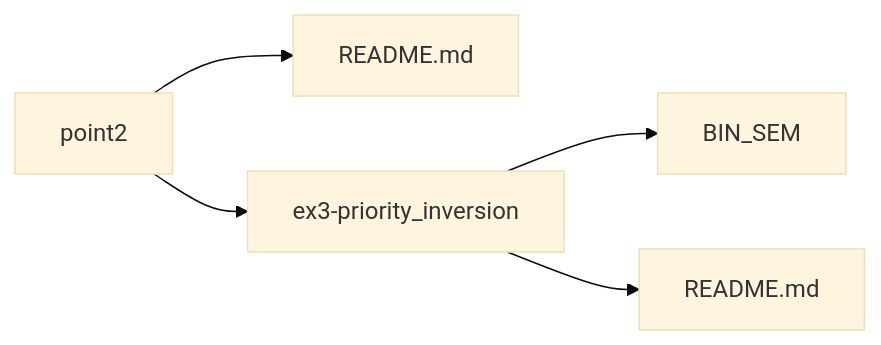
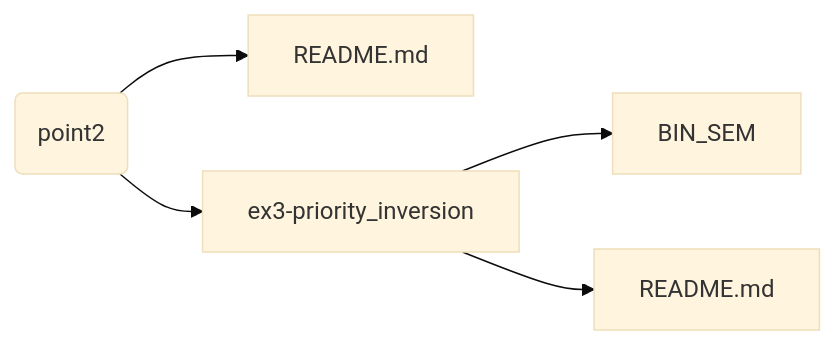
One commit to smokyisthatyou/STM32Nucleo64 changed the third of 5 diagrams in README.md. Above: the diagram before and after it, drawn with Mermaid. The commit also changed other lines of this file, not shown here.

Commit message:
changed boxes shape and added href

````diff
--- a/README.md
+++ b/README.md
@@ -53,14 +61,16 @@
 ```mermaid
 %%{init: {'theme':'base'}}%%
 graph LR;
 A[README.md];
 B[README.md];
-point2-->A;
-point2-->ex3-priority_inversion;
+p2(point2)
+p2-->A;
+p2-->ex3-priority_inversion;
 ex3-priority_inversion-->BIN_SEM;
 ex3-priority_inversion-->B;
 
+click p2 href "https://baltig.polito.it/caos2023/group2/-/tree/point2" "Link to point2";
 
 click README.md href "https://baltig.polito.it/caos2023/group2/-/blob/point2/README.md" "Link to README.md";
 
 ```
````
